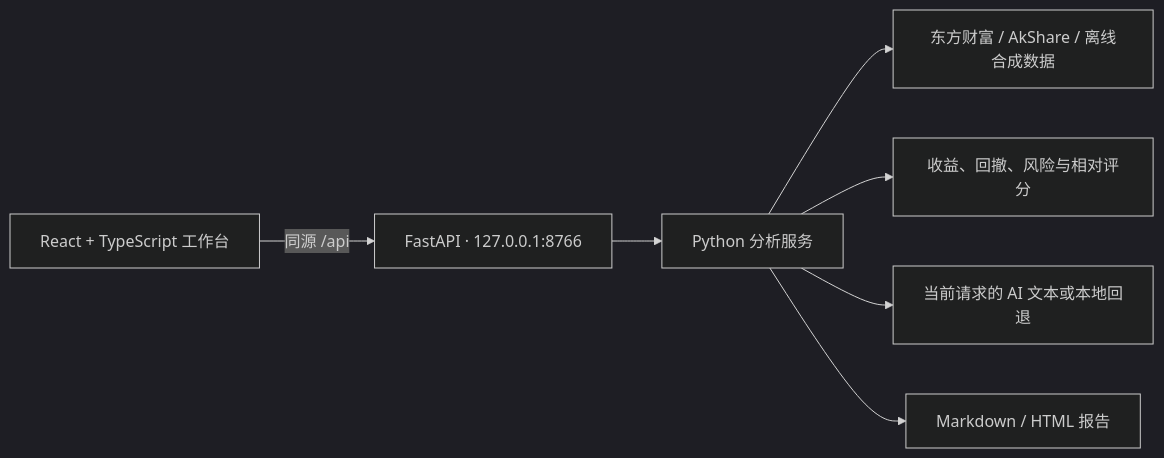
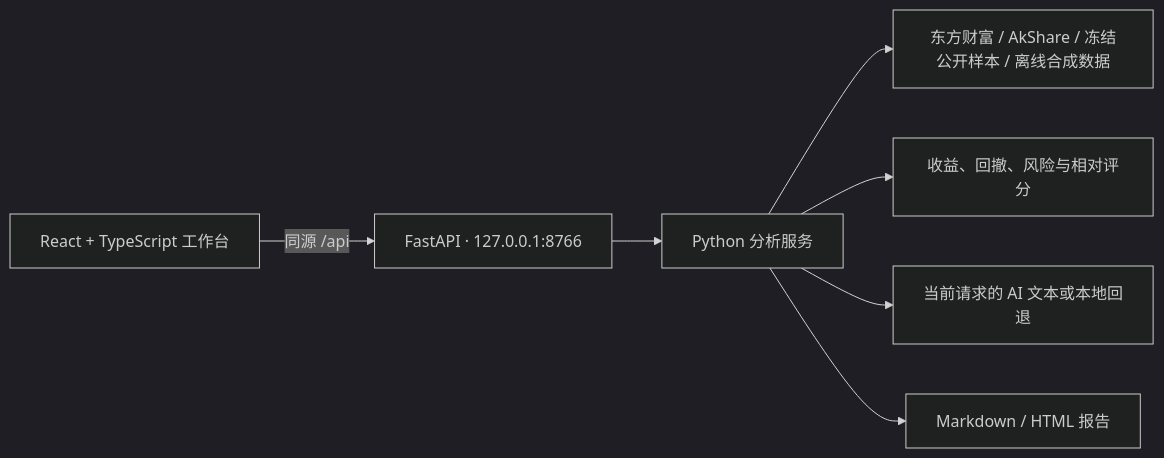
One commit to MAHONGHAO1/AI-Fund-Management-Platform changed the diagram in README.md. Above: the diagram before and after it, drawn with Mermaid (dark theme). The commit also changed other lines of this file and 39 other files, not shown here.

````diff
--- a/README.md
+++ b/README.md
@@ -140,9 +148,9 @@
 ```mermaid
 flowchart LR
   UI[React + TypeScript 工作台] -->|同源 /api| API[FastAPI · 127.0.0.1:8766]
   API --> CORE[Python 分析服务]
-  CORE --> DATA[东方财富 / AkShare / 离线合成数据]
+  CORE --> DATA[东方财富 / AkShare / 冻结公开样本 / 离线合成数据]
   CORE --> METRICS[收益、回撤、风险与相对评分]
   CORE --> AI[当前请求的 AI 文本或本地回退]
   CORE --> REPORT[Markdown / HTML 报告]
 ```
````
